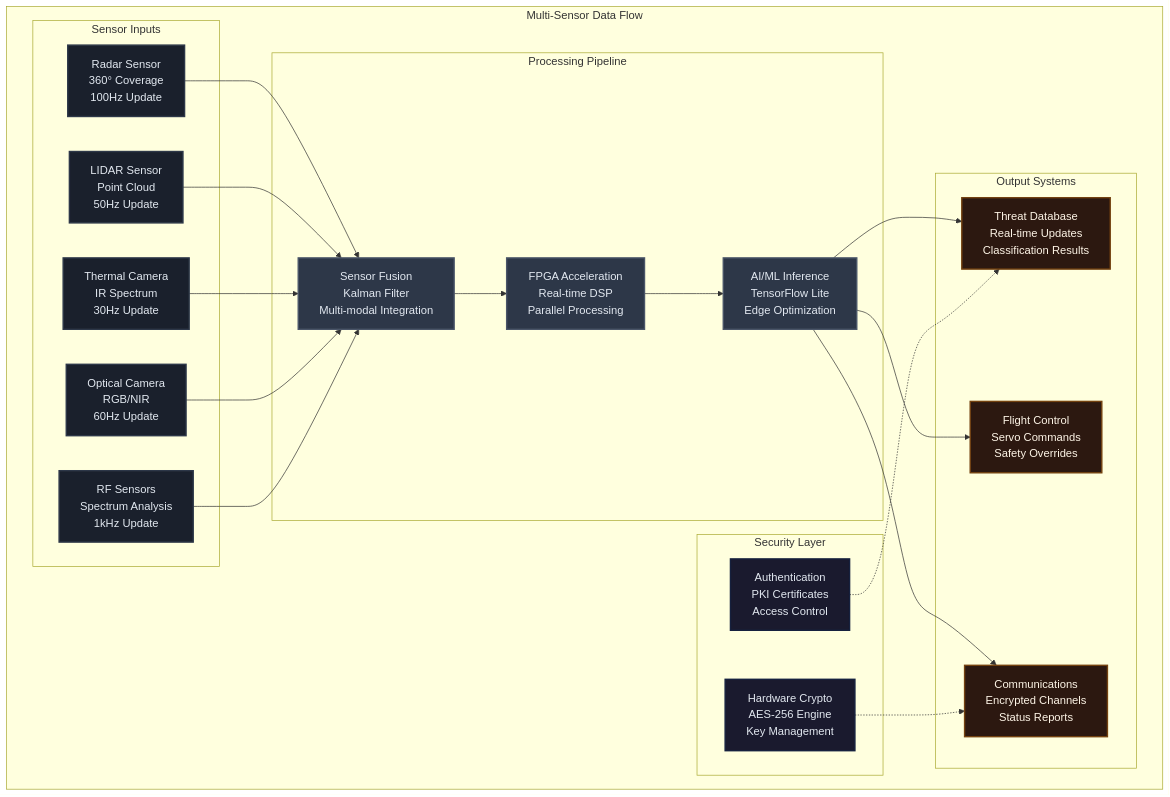
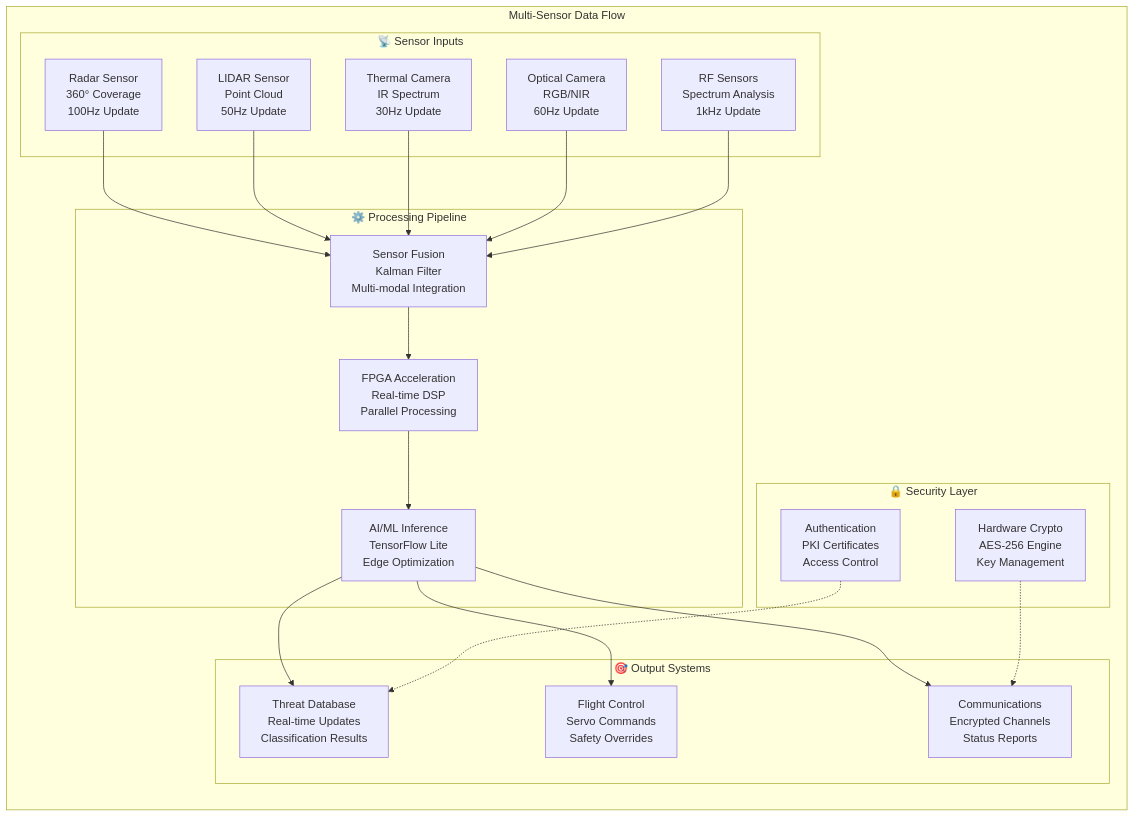
One commit to hkevin01/AEGIS-SE changed the second of 5 diagrams in README.md. Above: the diagram before and after it, drawn with Mermaid. The commit also changed other lines of this file and 1 other file, not shown here.

Commit message:
Refactor technology stack documentation: update mindmap, add development environment and integration flow sections for clarity and completeness

````diff
--- a/README.md
+++ b/README.md
@@ -153,54 +143,45 @@
 ```mermaid
 graph LR
-    %% Dark theme styles
-    classDef inputClass fill:#1a202c,stroke:#2d3748,stroke-width:2px,color:#e2e8f0
-    classDef processClass fill:#2d3748,stroke:#4a5568,stroke-width:2px,color:#e2e8f0
-    classDef outputClass fill:#2c1810,stroke:#744210,stroke-width:2px,color:#fef5e7
-    classDef secureClass fill:#1a1a2e,stroke:#16213e,stroke-width:2px,color:#e2e8f0
-
     subgraph "Multi-Sensor Data Flow"
-        direction LR
-
-        subgraph "Sensor Inputs"
-            RADAR[Radar Sensor<br/>360° Coverage<br/>100Hz Update]:::inputClass
-            LIDAR[LIDAR Sensor<br/>Point Cloud<br/>50Hz Update]:::inputClass
-            THERMAL[Thermal Camera<br/>IR Spectrum<br/>30Hz Update]:::inputClass
-            OPTICAL[Optical Camera<br/>RGB/NIR<br/>60Hz Update]:::inputClass
-            RF[RF Sensors<br/>Spectrum Analysis<br/>1kHz Update]:::inputClass
+        subgraph "📡 Sensor Inputs"
+            RADAR["Radar Sensor<br/>360° Coverage<br/>100Hz Update"]
+            LIDAR["LIDAR Sensor<br/>Point Cloud<br/>50Hz Update"]
+            THERMAL["Thermal Camera<br/>IR Spectrum<br/>30Hz Update"]
+            OPTICAL["Optical Camera<br/>RGB/NIR<br/>60Hz Update"]
+            RF["RF Sensors<br/>Spectrum Analysis<br/>1kHz Update"]
         end
 
-        subgraph "Processing Pipeline"
-            FUSION[Sensor Fusion<br/>Kalman Filter<br/>Multi-modal Integration]:::processClass
-            FPGA_PROC[FPGA Acceleration<br/>Real-time DSP<br/>Parallel Processing]:::processClass
-            AI_INFERENCE[AI/ML Inference<br/>TensorFlow Lite<br/>Edge Optimization]:::processClass
+        subgraph "⚙️ Processing Pipeline"
+            FUSION["Sensor Fusion<br/>Kalman Filter<br/>Multi-modal Integration"]
+            FPGA_PROC["FPGA Acceleration<br/>Real-time DSP<br/>Parallel Processing"]
+            AI_INFERENCE["AI/ML Inference<br/>TensorFlow Lite<br/>Edge Optimization"]
         end
 
-        subgraph "Output Systems"
-            THREAT_DB[Threat Database<br/>Real-time Updates<br/>Classification Results]:::outputClass
-            FLIGHT_CTRL[Flight Control<br/>Servo Commands<br/>Safety Overrides]:::outputClass
-            COMM_SYS[Communications<br/>Encrypted Channels<br/>Status Reports]:::outputClass
+        subgraph "🎯 Output Systems"
+            THREAT_DB["Threat Database<br/>Real-time Updates<br/>Classification Results"]
+            FLIGHT_CTRL["Flight Control<br/>Servo Commands<br/>Safety Overrides"]
+            COMM_SYS["Communications<br/>Encrypted Channels<br/>Status Reports"]
         end
 
-        subgraph "Security Layer"
-            CRYPTO[Hardware Crypto<br/>AES-256 Engine<br/>Key Management]:::secureClass
-            AUTH[Authentication<br/>PKI Certificates<br/>Access Control]:::secureClass
+        subgraph "🔒 Security Layer"
+            CRYPTO["Hardware Crypto<br/>AES-256 Engine<br/>Key Management"]
+            AUTH["Authentication<br/>PKI Certificates<br/>Access Control"]
         end
     end
 
-    %% Data flow connections
     RADAR --> FUSION
     LIDAR --> FUSION
     THERMAL --> FUSION
     OPTICAL --> FUSION
     RF --> FUSION
 
     FUSION --> FPGA_PROC
     FPGA_PROC --> AI_INFERENCE
 
     AI_INFERENCE --> THREAT_DB
     AI_INFERENCE --> FLIGHT_CTRL
     AI_INFERENCE --> COMM_SYS
 
     CRYPTO -.-> COMM_SYS
     AUTH -.-> THREAT_DB
 ```
````
